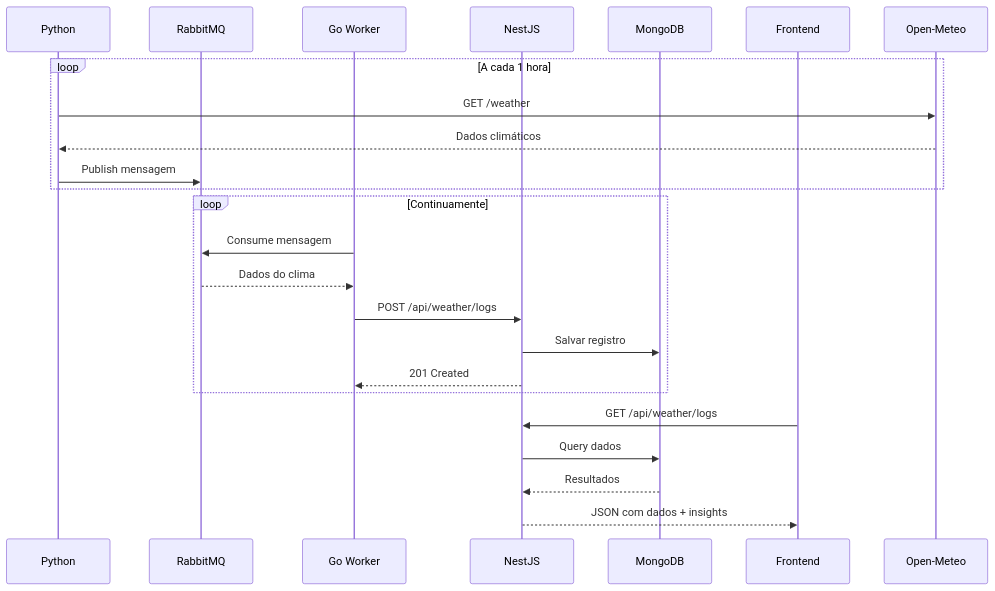
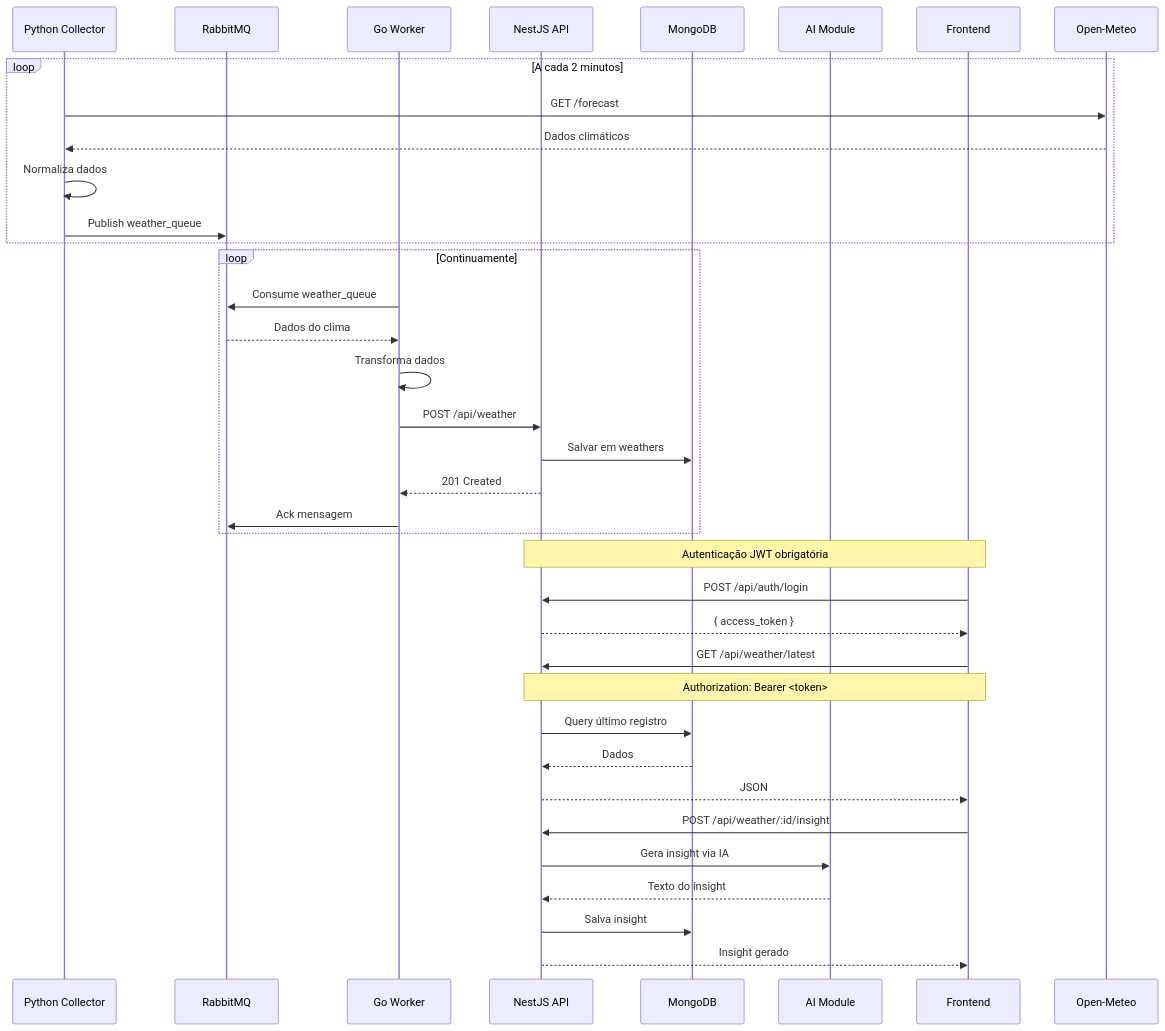
Before and after one commit to FelipeAraujoBS/weather-monitoring-system: the second of 2 diagrams in Arquitetura.md, drawn with Mermaid. The commit also changed other lines of this file and 4 other files, not shown here.

````diff
--- a/Arquitetura.md
+++ b/Arquitetura.md
@@ -22,28 +50,44 @@
 ```mermaid
 sequenceDiagram
-    participant P as Python
+    participant P as Python Collector
     participant R as RabbitMQ
     participant G as Go Worker
-    participant N as NestJS
+    participant N as NestJS API
     participant M as MongoDB
+    participant A as AI Module
     participant F as Frontend
 
-    loop A cada 1 hora
-        P->>Open-Meteo: GET /weather
+    loop A cada 2 minutos
+        P->>Open-Meteo: GET /forecast
         Open-Meteo-->>P: Dados climáticos
-        P->>R: Publish mensagem
+        P->>P: Normaliza dados
+        P->>R: Publish weather_queue
     end
 
     loop Continuamente
-        G->>R: Consume mensagem
+        G->>R: Consume weather_queue
         R-->>G: Dados do clima
-        G->>N: POST /api/weather/logs
-        N->>M: Salvar registro
+        G->>G: Transforma dados
+        G->>N: POST /api/weather
+        N->>M: Salvar em weathers
         N-->>G: 201 Created
+        G->>R: Ack mensagem
     end
 
-    F->>N: GET /api/weather/logs
-    N->>M: Query dados
-    M-->>N: Resultados
-    N-->>F: JSON com dados + insights
+    Note over F,N: Autenticação JWT obrigatória
+
+    F->>N: POST /api/auth/login
+    N-->>F: { access_token }
+
+    F->>N: GET /api/weather/latest
+    Note over F,N: Authorization: Bearer <token>
+    N->>M: Query último registro
+    M-->>N: Dados
+    N-->>F: JSON
+
+    F->>N: POST /api/weather/:id/insight
+    N->>A: Gera insight via IA
+    A-->>N: Texto do insight
+    N->>M: Salva insight
+    N-->>F: Insight gerado
 ```
````
